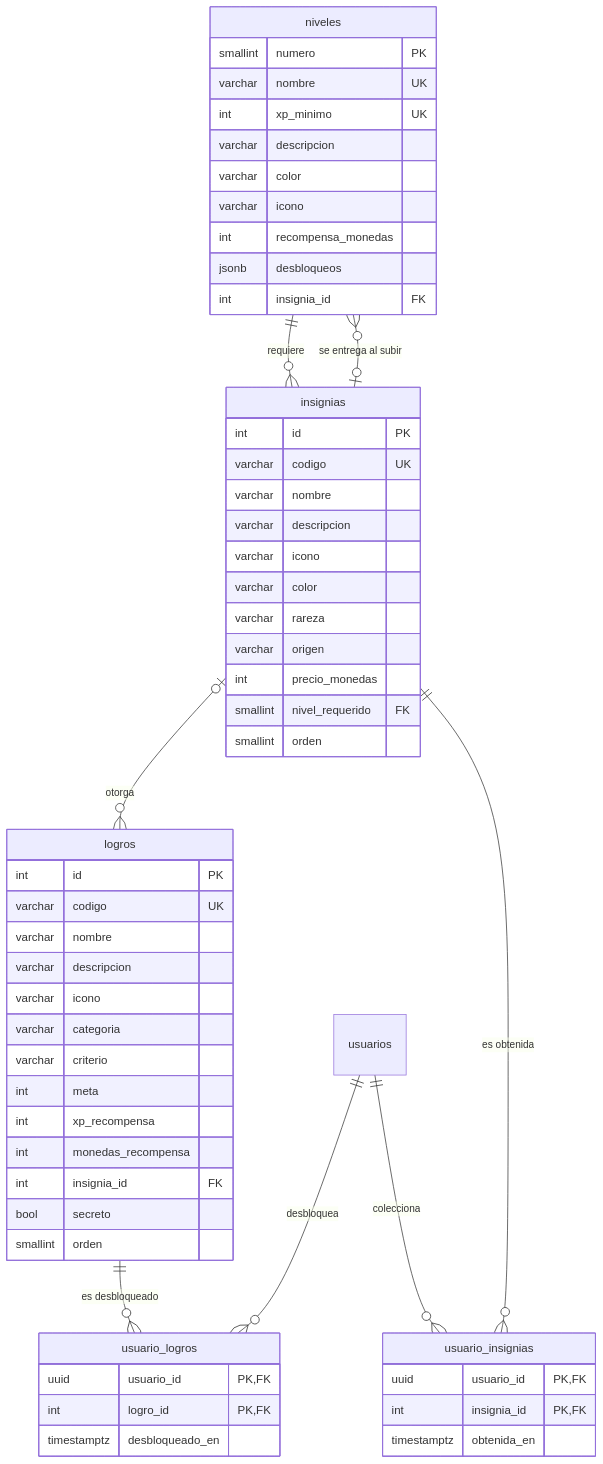
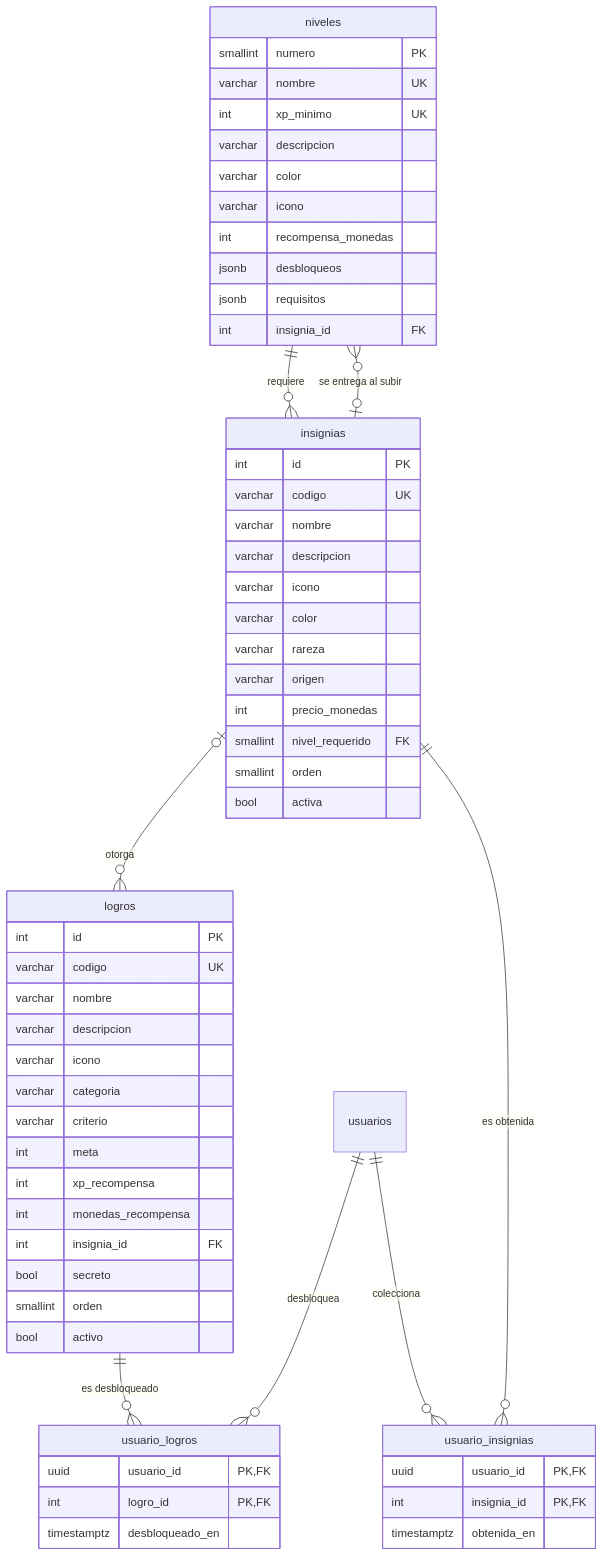
Before and after one commit to danisammynto/ICFES-LAB: the sixth of 8 diagrams in docs/BASE_DE_DATOS.md, drawn with Mermaid. The commit also changed other lines of this file and 225 other files, not shown here.

````diff
--- a/docs/BASE_DE_DATOS.md
+++ b/docs/BASE_DE_DATOS.md
@@ -398,60 +406,63 @@
 ```mermaid
 erDiagram
     niveles ||--o{ insignias : "requiere"
     insignias |o--o{ niveles : "se entrega al subir"
     insignias |o--o{ logros : "otorga"
     usuarios ||--o{ usuario_logros : "desbloquea"
     logros ||--o{ usuario_logros : "es desbloqueado"
     usuarios ||--o{ usuario_insignias : "colecciona"
     insignias ||--o{ usuario_insignias : "es obtenida"
 
     niveles {
         smallint numero PK
         varchar nombre UK
         int xp_minimo UK
         varchar descripcion
         varchar color
         varchar icono
         int recompensa_monedas
         jsonb desbloqueos
+        jsonb requisitos
         int insignia_id FK
     }
     insignias {
         int id PK
         varchar codigo UK
         varchar nombre
         varchar descripcion
         varchar icono
         varchar color
         varchar rareza
         varchar origen
         int precio_monedas
         smallint nivel_requerido FK
         smallint orden
+        bool activa
     }
     logros {
         int id PK
         varchar codigo UK
         varchar nombre
         varchar descripcion
         varchar icono
         varchar categoria
         varchar criterio
         int meta
         int xp_recompensa
         int monedas_recompensa
         int insignia_id FK
         bool secreto
         smallint orden
+        bool activo
     }
     usuario_logros {
         uuid usuario_id PK, FK
         int logro_id PK, FK
         timestamptz desbloqueado_en
     }
     usuario_insignias {
         uuid usuario_id PK, FK
         int insignia_id PK, FK
         timestamptz obtenida_en
     }
 ```
````
